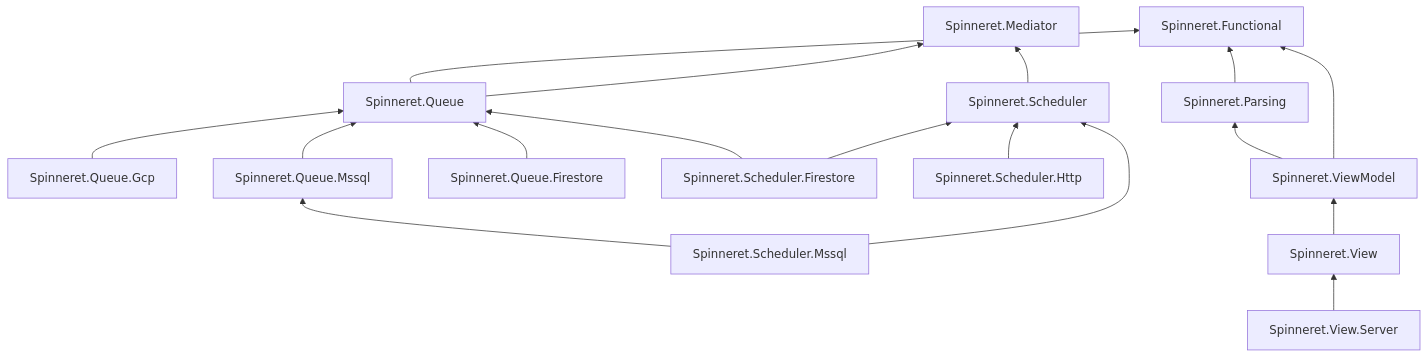
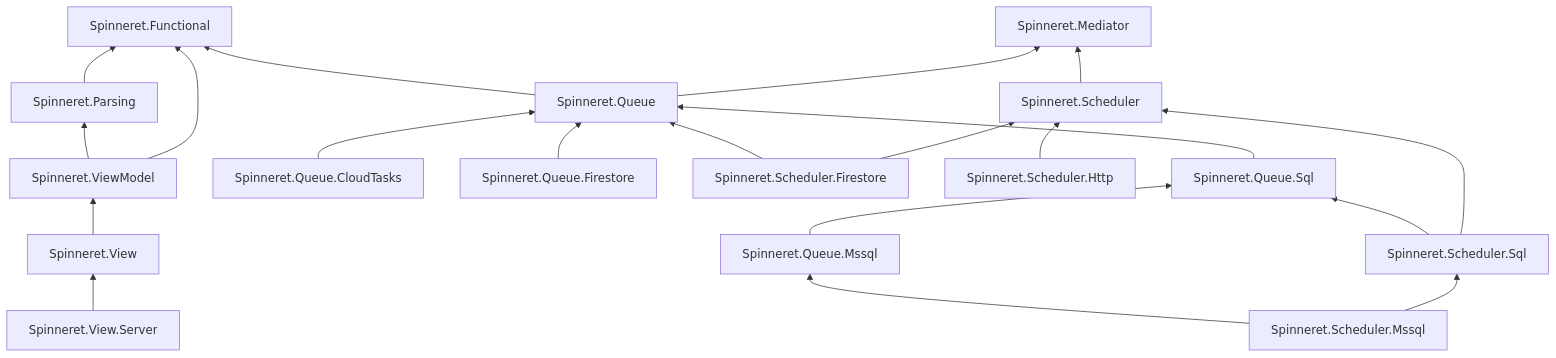
Before and after one commit to spinneret-net/spinneret: the diagram in README.md, drawn with Mermaid. The commit also changed other lines of this file and 199 other files, not shown here.

Commit message:
feat(queue)!: compose the queue from storage, delivery and dead letters, with a SQL outbox Cloud Tasks can deliver from

````diff
--- a/README.md
+++ b/README.md
@@ -262,17 +275,19 @@
 ```mermaid
 graph BT
   Functional["Spinneret.Functional"]
   Parsing["Spinneret.Parsing"] --> Functional
   Mediator["Spinneret.Mediator"]
   Queue["Spinneret.Queue"] --> Mediator & Functional
-  QueueGcp["Spinneret.Queue.Gcp"] --> Queue
-  QueueMssql["Spinneret.Queue.Mssql"] --> Queue
+  QueueSql["Spinneret.Queue.Sql"] --> Queue
+  QueueMssql["Spinneret.Queue.Mssql"] --> QueueSql
+  QueueCloudTasks["Spinneret.Queue.CloudTasks"] --> Queue
   QueueFirestore["Spinneret.Queue.Firestore"] --> Queue
   Scheduler["Spinneret.Scheduler"] --> Mediator
   SchedulerFirestore["Spinneret.Scheduler.Firestore"] --> Scheduler & Queue
-  SchedulerMssql["Spinneret.Scheduler.Mssql"] --> Scheduler & QueueMssql
+  SchedulerSql["Spinneret.Scheduler.Sql"] --> Scheduler & QueueSql
+  SchedulerMssql["Spinneret.Scheduler.Mssql"] --> SchedulerSql & QueueMssql
   SchedulerHttp["Spinneret.Scheduler.Http"] --> Scheduler
   ViewModel["Spinneret.ViewModel"] --> Functional & Parsing
   View["Spinneret.View"] --> ViewModel
   ViewServer["Spinneret.View.Server"] --> View
 ```
````
